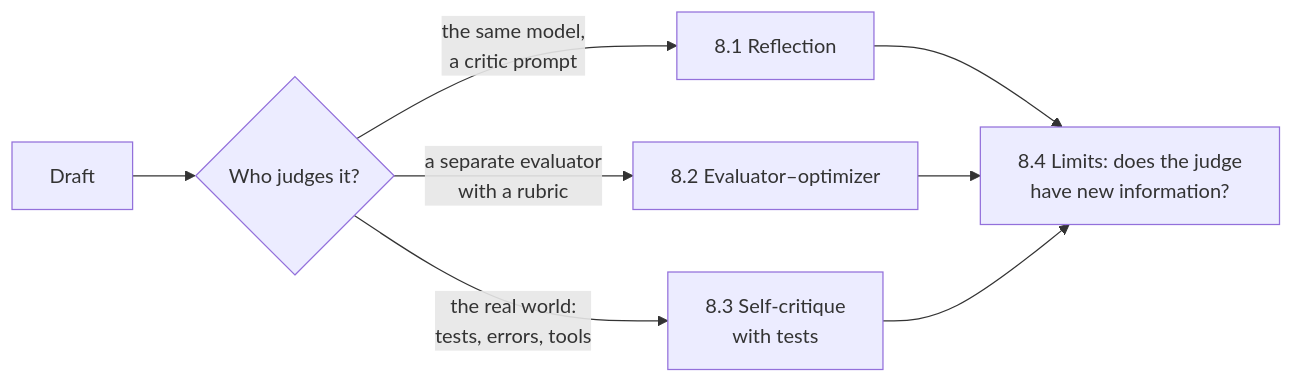
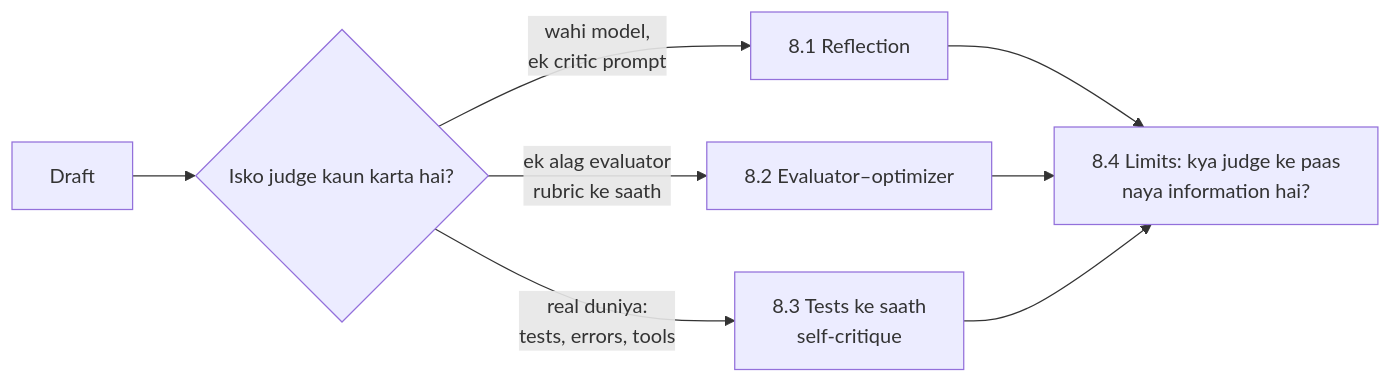
Before and after one commit to asmustechno/agentic-ai-notes: the diagram in docs/08-reflection-and-self-correction/README.md, drawn with Mermaid. The commit also changed other lines of this file and 135 other files, not shown here.

````diff
--- a/docs/08-reflection-and-self-correction/README.md
+++ b/docs/08-reflection-and-self-correction/README.md
@@ -25,10 +25,10 @@
 ```mermaid
 flowchart LR
-    D["Draft"] --> J{"Who judges it?"}
-    J -->|"the same model,<br/>a critic prompt"| R["8.1 Reflection"]
-    J -->|"a separate evaluator<br/>with a rubric"| E["8.2 Evaluator–optimizer"]
-    J -->|"the real world:<br/>tests, errors, tools"| T["8.3 Self-critique<br/>with tests"]
-    R --> L["8.4 Limits: does the judge<br/>have new information?"]
+    D["Draft"] --> J{"Isko judge kaun karta hai?"}
+    J -->|"wahi model,<br/>ek critic prompt"| R["8.1 Reflection"]
+    J -->|"ek alag evaluator<br/>rubric ke saath"| E["8.2 Evaluator–optimizer"]
+    J -->|"real duniya:<br/>tests, errors, tools"| T["8.3 Tests ke saath<br/>self-critique"]
+    R --> L["8.4 Limits: kya judge ke paas<br/>naya information hai?"]
     E --> L
     T --> L
 ```
````
